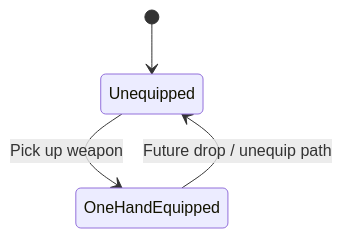
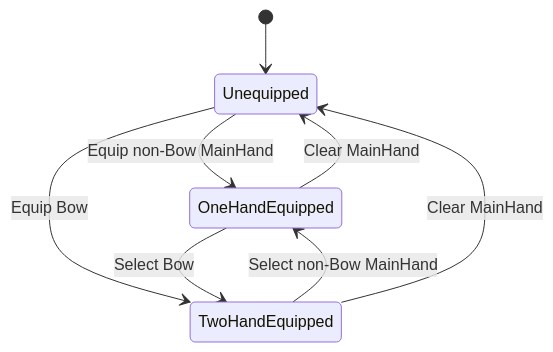
One commit to Kulahala/UE5-Soulslike-Combat changed the third of 6 diagrams in ARCHITECTURE.md. Above: the diagram before and after it, drawn with Mermaid. The commit also changed other lines of this file and 7 other files, not shown here.

First line of the commit message:
[Feature] 完成弓双手占用与左手附着（Complete Bow Two-Hand Occupancy）

````diff
--- a/ARCHITECTURE.md
+++ b/ARCHITECTURE.md
@@ -199,6 +203,10 @@
 ```mermaid
 stateDiagram-v2
     [*] --> Unequipped
-    Unequipped --> OneHandEquipped : Pick up weapon
-    OneHandEquipped --> Unequipped : Future drop / unequip path
+    Unequipped --> OneHandEquipped : Equip non-Bow MainHand
+    Unequipped --> TwoHandEquipped : Equip Bow
+    OneHandEquipped --> TwoHandEquipped : Select Bow
+    TwoHandEquipped --> OneHandEquipped : Select non-Bow MainHand
+    OneHandEquipped --> Unequipped : Clear MainHand
+    TwoHandEquipped --> Unequipped : Clear MainHand
 ```
````
